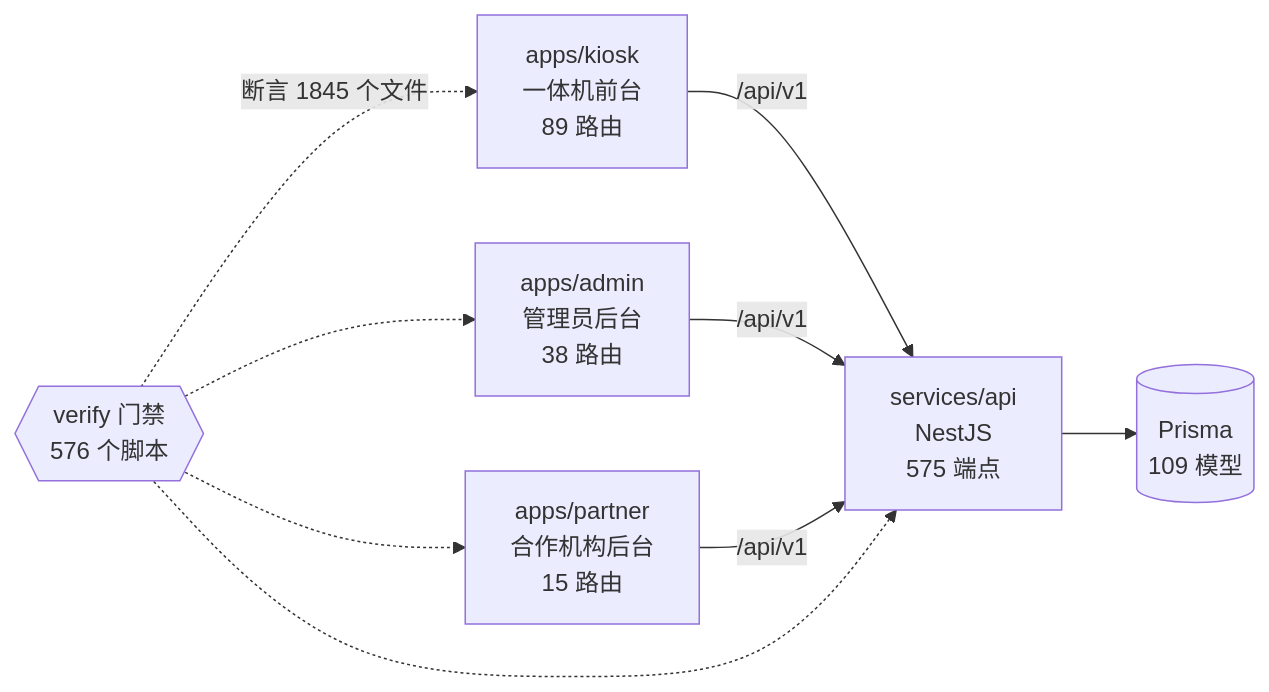
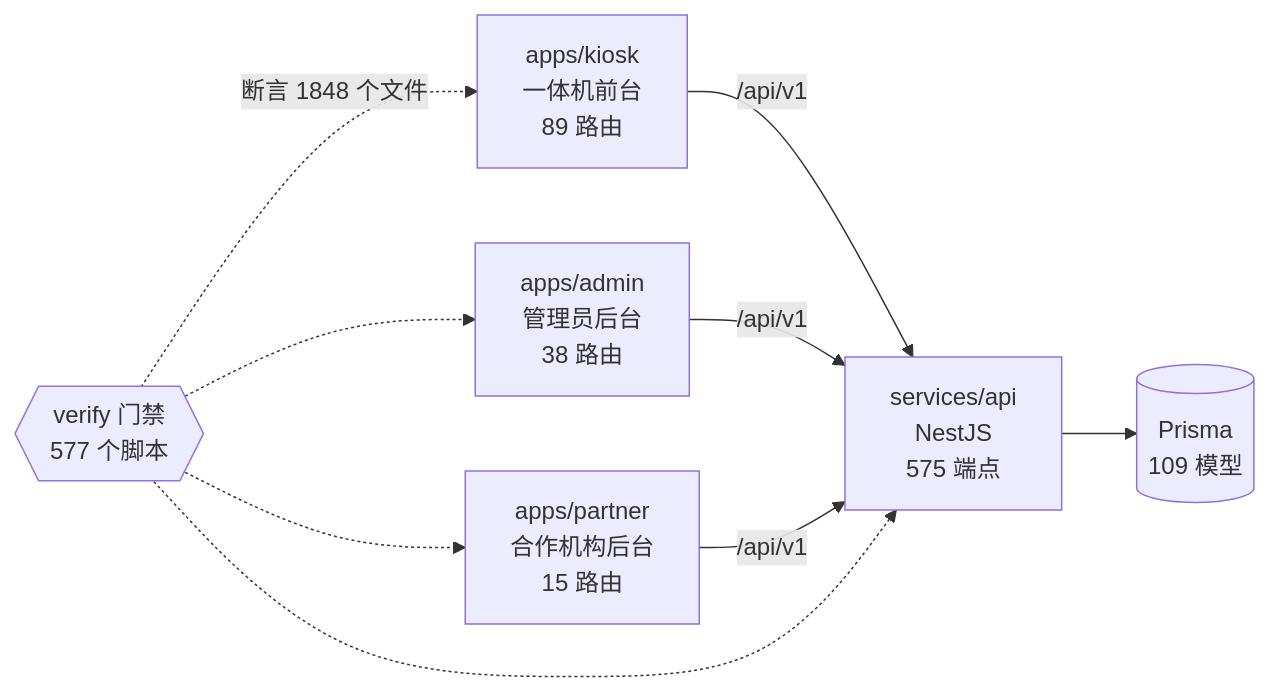
One commit to wanglei581/YITIJI changed the diagram in docs/graph/README.md. Above: the diagram before and after it, drawn with Mermaid. The commit also changed other lines of this file and 7 other files, not shown here.

Commit message:
feat(admin,ci): 注销确认清单换成合规定稿四段；注销浏览器测试接进 CI；进度与图谱

````diff
--- a/docs/graph/README.md
+++ b/docs/graph/README.md
@@ -68,18 +68,18 @@
 ```mermaid
 flowchart LR
   kiosk["apps/kiosk<br/>一体机前台<br/>89 路由"]
   admin["apps/admin<br/>管理员后台<br/>38 路由"]
   partner["apps/partner<br/>合作机构后台<br/>15 路由"]
   api["services/api<br/>NestJS<br/>575 端点"]
   db[("Prisma<br/>109 模型")]
-  gates{{"verify 门禁<br/>576 个脚本"}}
+  gates{{"verify 门禁<br/>577 个脚本"}}
 
   kiosk -->|"/api/v1"| api
   admin -->|"/api/v1"| api
   partner -->|"/api/v1"| api
   api --> db
-  gates -.->|"断言 1845 个文件"| kiosk
+  gates -.->|"断言 1848 个文件"| kiosk
   gates -.-> admin
   gates -.-> partner
   gates -.-> api
 ```
````
